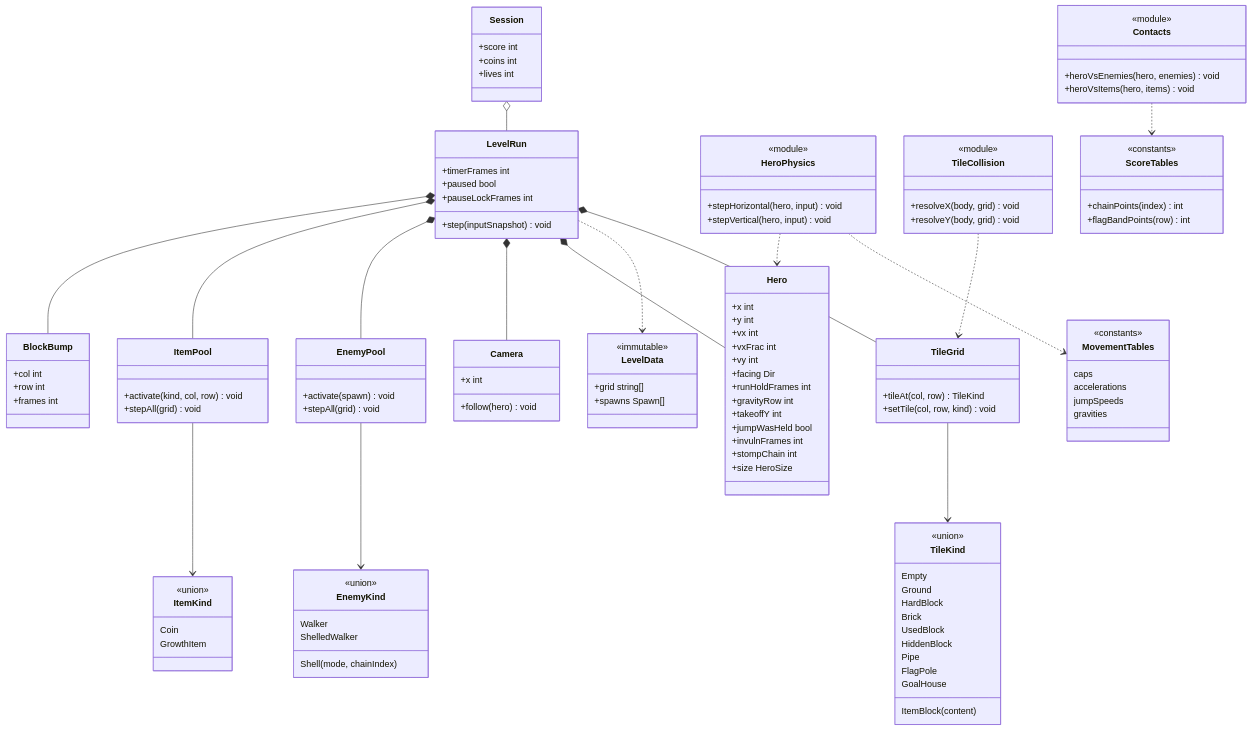
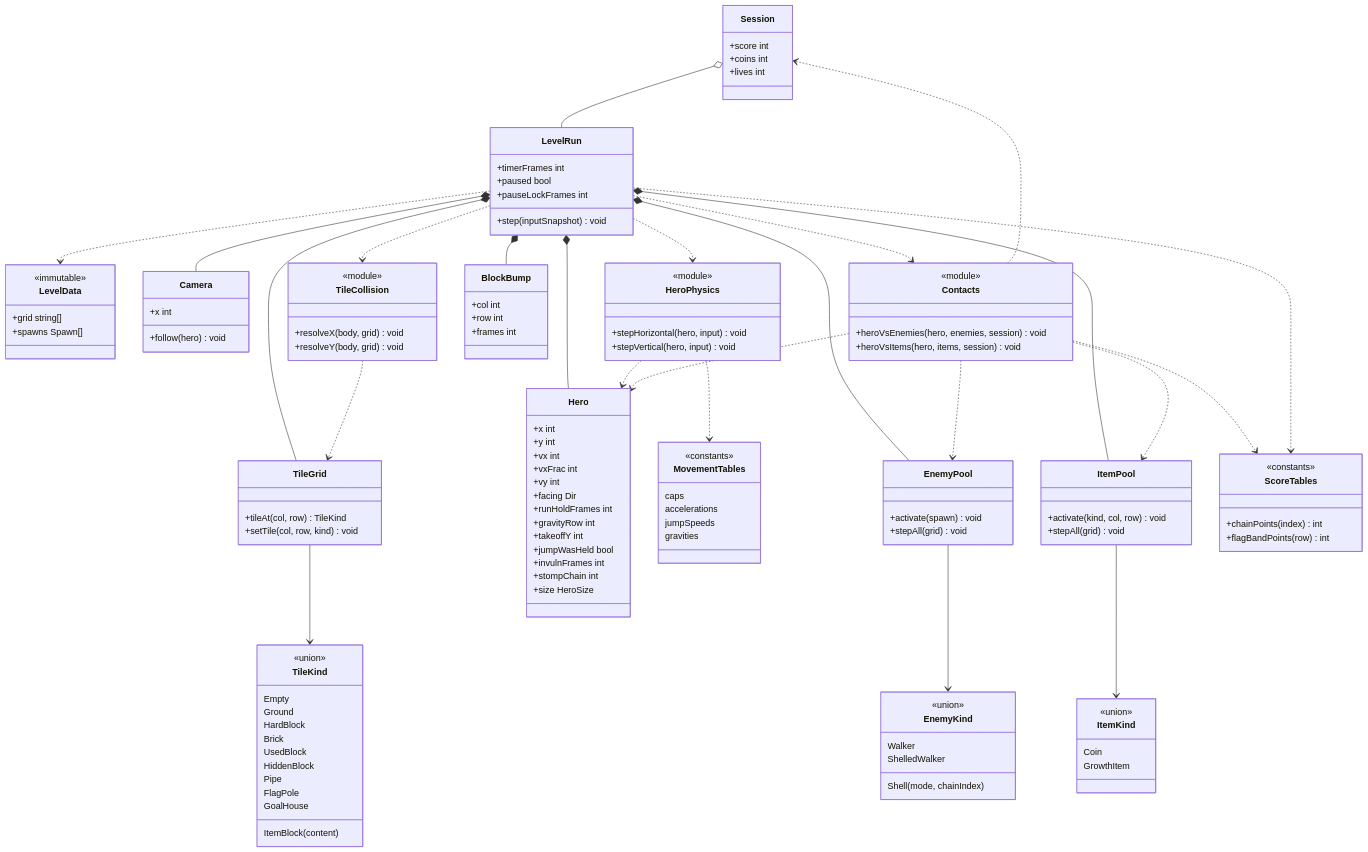
Before and after one commit to benoit-bremaud/retro-plumber: the diagram in docs/architecture/diagrams/gameplay/04-class-domain.md, drawn with Mermaid. The commit also changed other lines of this file and 10 other files, not shown here.

First line of the commit message:
docs(uml): structure — meta classes, tick data-flow, component and class fixes (#26)

````diff
--- a/docs/architecture/diagrams/gameplay/04-class-domain.md
+++ b/docs/architecture/diagrams/gameplay/04-class-domain.md
@@ -107,8 +107,8 @@
     }
     class Contacts {
         <<module>>
-        +heroVsEnemies(hero, enemies) void
-        +heroVsItems(hero, items) void
+        +heroVsEnemies(hero, enemies, session) void
+        +heroVsItems(hero, items, session) void
     }
     class ScoreTables {
         <<constants>>
@@ -127,7 +127,15 @@
     HeroPhysics ..> MovementTables
     HeroPhysics ..> Hero
     TileCollision ..> TileGrid
+    LevelRun ..> HeroPhysics
+    LevelRun ..> TileCollision
+    LevelRun ..> Contacts
+    Contacts ..> Hero
+    Contacts ..> EnemyPool
+    Contacts ..> ItemPool
     Contacts ..> ScoreTables
+    Contacts ..> Session
+    LevelRun ..> ScoreTables
     EnemyPool --> EnemyKind
     ItemPool --> ItemKind
 ```
````
